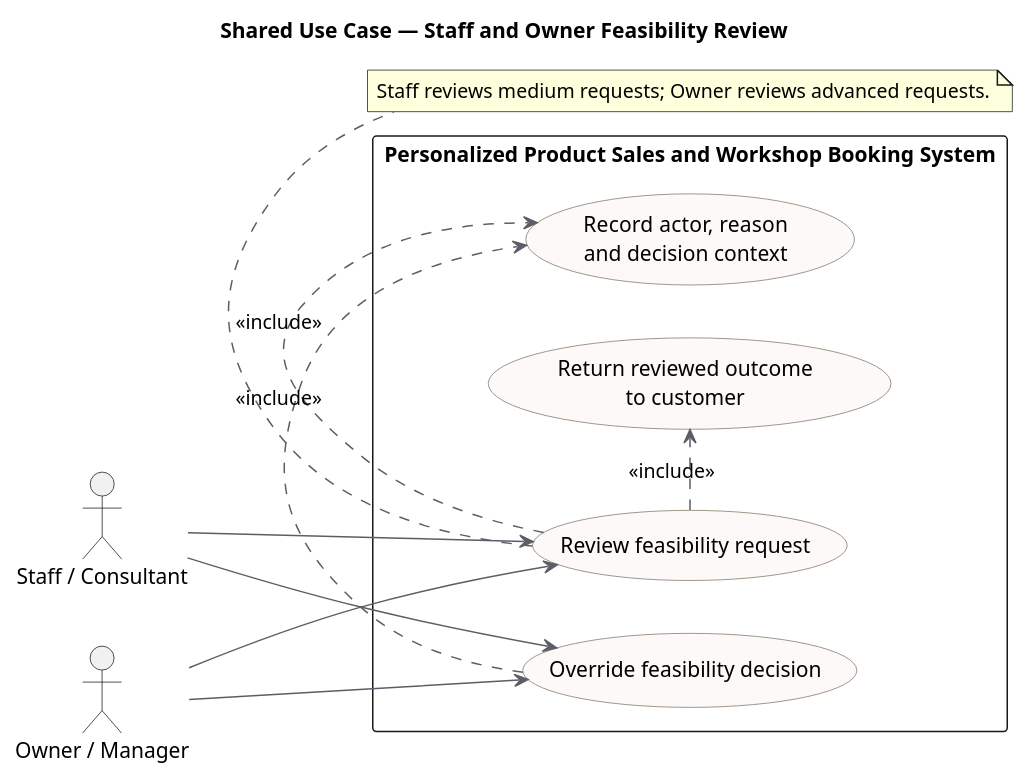
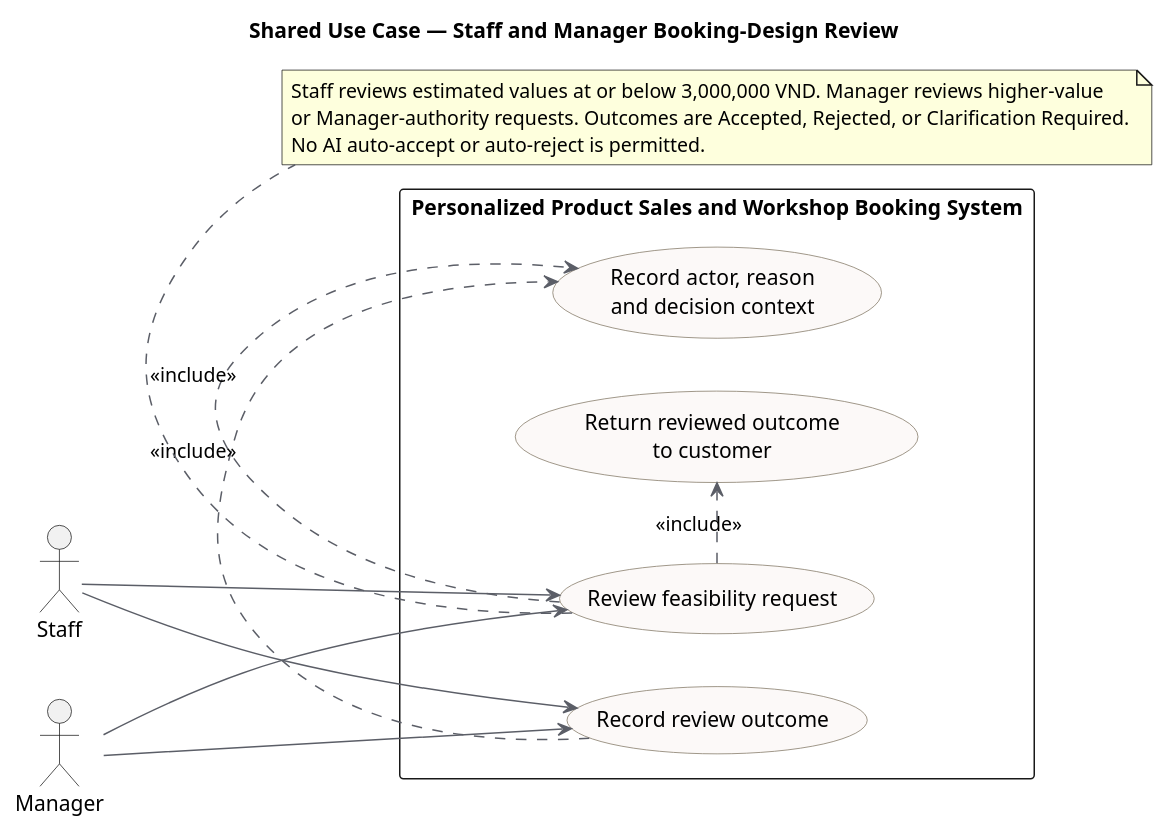
The diagram in documents/docs/report-3-software-requirement-specification/assets/diagrams/use-cases/07-shared-staff-owner-feasibility-review.puml (quoc-ca/mland-operations-hub), drawn with PlantUML before and after one commit. The commit also changed 19 other files, not shown here.

```diff
--- a/documents/docs/report-3-software-requirement-specification/assets/diagrams/use-cases/07-shared-staff-owner-feasibility-review.puml
+++ b/documents/docs/report-3-software-requirement-specification/assets/diagrams/use-cases/07-shared-staff-owner-feasibility-review.puml
@@ -1,33 +1,35 @@
 @startuml
 !pragma charset UTF-8
-title Shared Use Case — Staff and Owner Feasibility Review
+title Shared Use Case — Staff and Manager Booking-Design Review
 left to right direction
 skinparam shadowing false
 skinparam usecase {
   BackgroundColor #FCF9F8
   BorderColor #807663
   ArrowColor #5B5E67
 }
 
-actor "Staff / Consultant" as Staff
-actor "Owner / Manager" as Owner
+actor "Staff" as Staff
+actor "Manager" as Manager
 
 rectangle "Personalized Product Sales and Workshop Booking System" {
   usecase "Review feasibility request" as Review
-  usecase "Override feasibility decision" as Override
+usecase "Record review outcome" as Decision
   usecase "Record actor, reason\nand decision context" as Audit
   usecase "Return reviewed outcome\nto customer" as Outcome
 }
 
 Staff --> Review
-Owner --> Review
-Staff --> Override
-Owner --> Override
+Manager --> Review
+Staff --> Decision
+Manager --> Decision
 Review .> Audit : <<include>>
-Override .> Audit : <<include>>
+Decision .> Audit : <<include>>
 Review .> Outcome : <<include>>
 
 note bottom of Review
-Staff reviews medium requests; Owner reviews advanced requests.
+Staff reviews estimated values at or below 3,000,000 VND. Manager reviews higher-value
+or Manager-authority requests. Outcomes are Accepted, Rejected, or Clarification Required.
+No AI auto-accept or auto-reject is permitted.
 end note
 @enduml
```
